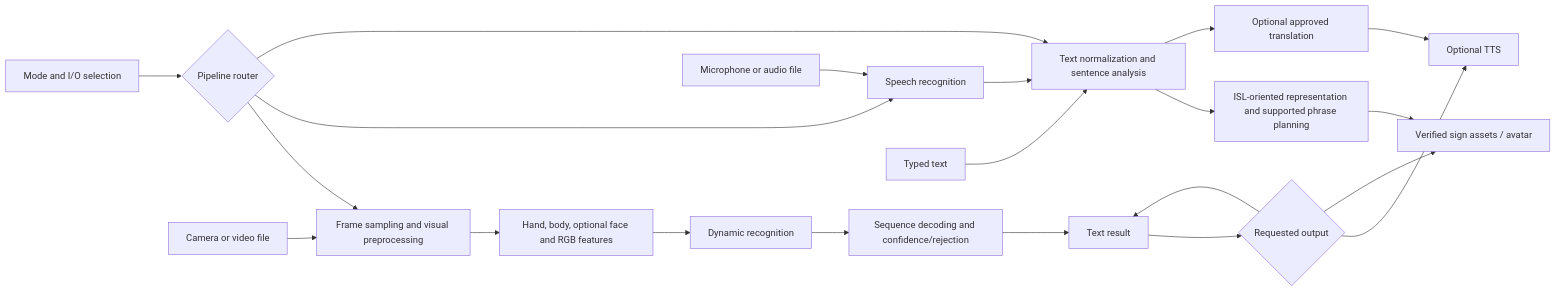
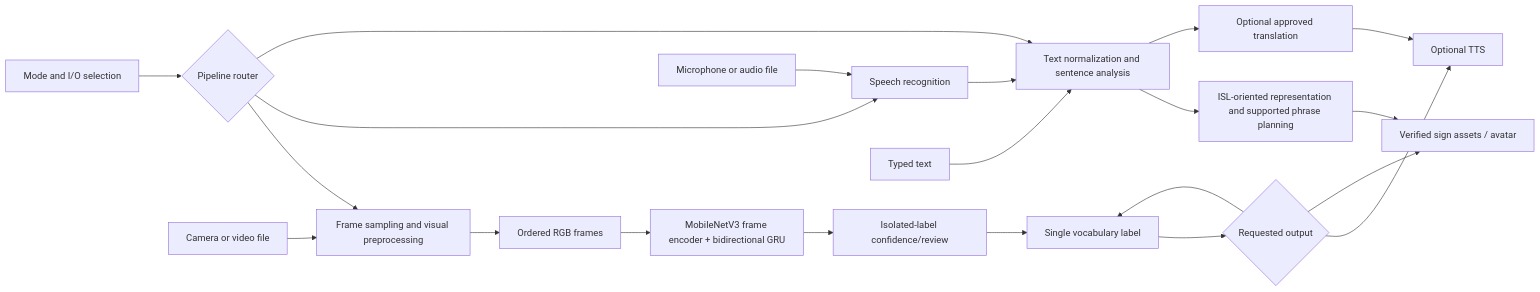
One commit to kamalkanthn/capstone changed the diagram in docs/ARCHITECTURE.md. Above: the diagram before and after it, drawn with Mermaid. The commit also changed other lines of this file and 7 other files, not shown here.

````diff
--- a/docs/ARCHITECTURE.md
+++ b/docs/ARCHITECTURE.md
@@ -9,23 +9,23 @@
 ```mermaid
 flowchart LR
   UI[Mode and I/O selection] --> R{Pipeline router}
   V[Camera or video file] --> VS[Frame sampling and visual preprocessing]
-  VS --> VF[Hand, body, optional face and RGB features]
-  VF --> SR[Dynamic recognition]
-  SR --> SD[Sequence decoding and confidence/rejection]
-  SD --> TXT[Text result]
+  VS --> VF[Ordered RGB frames]
+  VF --> SR[MobileNetV3 frame encoder + bidirectional GRU]
+  SR --> SD[Isolated-label confidence/review]
+  SD --> TXT[Single vocabulary label]
   A[Microphone or audio file] --> ASR[Speech recognition]
   ASR --> N[Text normalization and sentence analysis]
   T[Typed text] --> N
   TXT --> OUT{Requested output}
   N --> PLAN[ISL-oriented representation and supported phrase planning]
   PLAN --> SIGN[Verified sign assets / avatar]
   N --> TR[Optional approved translation]
   TR --> TTS[Optional TTS]
   OUT --> TXT
   OUT --> TTS
   OUT --> SIGN
   R --> VS
   R --> ASR
   R --> N
 ```
````
